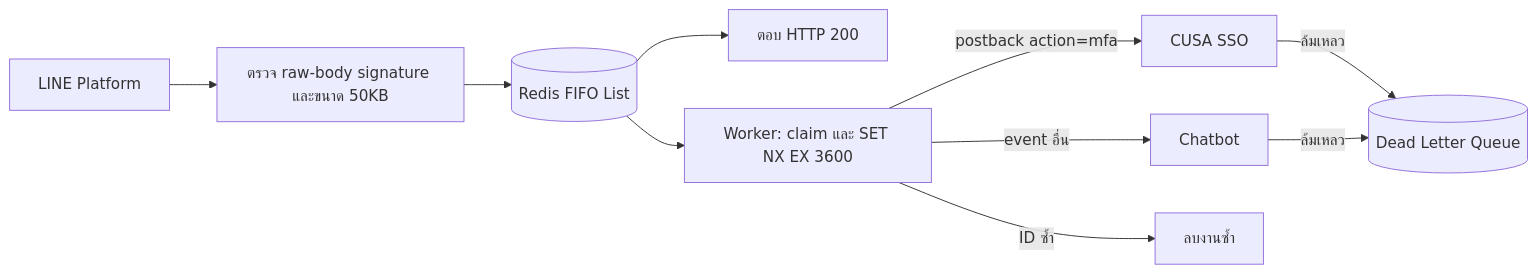
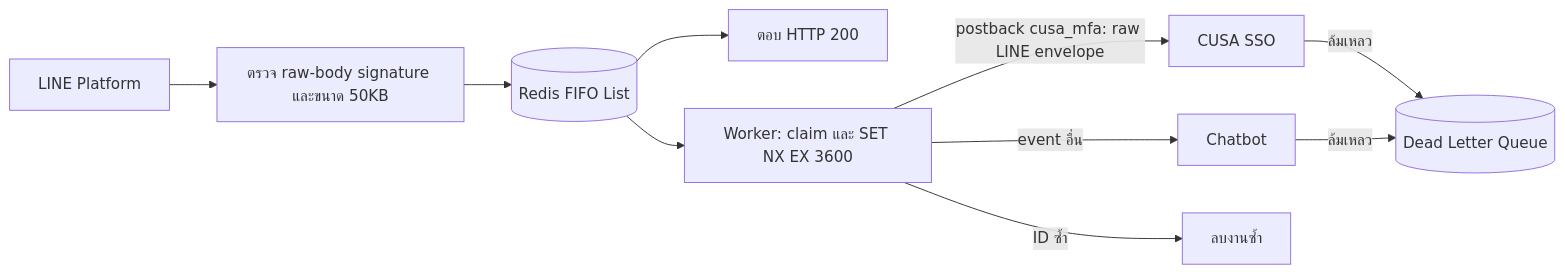
The diagram in README.md (piya46/apigatewaycusa), drawn with Mermaid before and after one commit. The commit also changed other lines of this file and 31 other files, not shown here.

````diff
--- a/README.md
+++ b/README.md
@@ -7,12 +7,12 @@
 ```mermaid
 flowchart LR
   LINE[LINE Platform] --> Verify[ตรวจ raw-body signature และขนาด 50KB]
   Verify --> Queue[(Redis FIFO List)]
   Queue --> ACK[ตอบ HTTP 200]
   Queue --> Worker[Worker: claim และ SET NX EX 3600]
-  Worker -->|postback action=mfa| SSO[CUSA SSO]
+  Worker -->|postback cusa_mfa: raw LINE envelope| SSO[CUSA SSO]
   Worker -->|event อื่น| Bot[Chatbot]
   Worker -->|ID ซ้ำ| Drop[ลบงานซ้ำ]
   SSO -->|ล้มเหลว| DLQ[(Dead Letter Queue)]
   Bot -->|ล้มเหลว| DLQ
 ```
````
